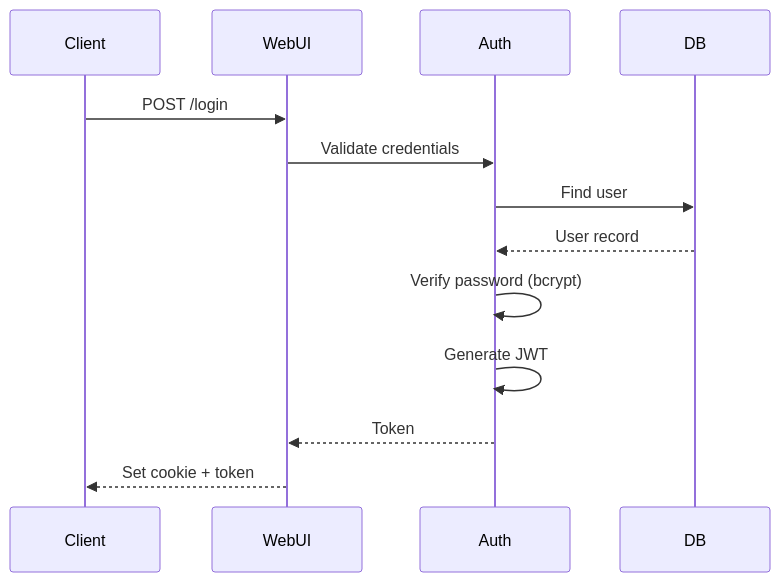
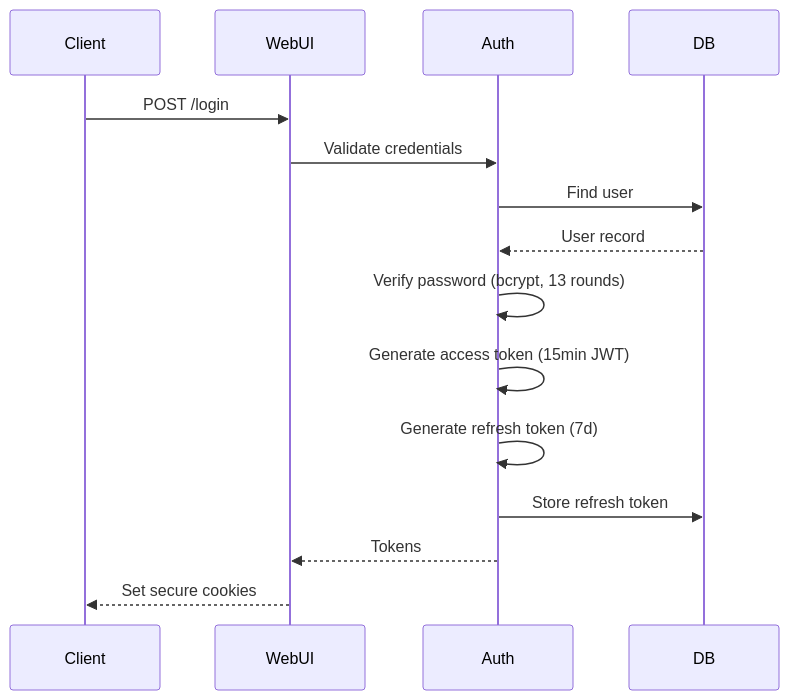
One commit to jrmatherly/aionui changed the ninth of 9 diagrams in docs/architecture/ARCHITECTURE.md. Above: the diagram before and after it, drawn with Mermaid. The commit also changed other lines of this file and 9 other files, not shown here.

````diff
--- a/docs/architecture/ARCHITECTURE.md
+++ b/docs/architecture/ARCHITECTURE.md
@@ -234,16 +313,18 @@
 ```mermaid
 sequenceDiagram
     participant Client
     participant WebUI
     participant Auth
     participant DB
 
     Client->>WebUI: POST /login
     WebUI->>Auth: Validate credentials
     Auth->>DB: Find user
     DB-->>Auth: User record
-    Auth->>Auth: Verify password (bcrypt)
-    Auth->>Auth: Generate JWT
-    Auth-->>WebUI: Token
-    WebUI-->>Client: Set cookie + token
+    Auth->>Auth: Verify password (bcrypt, 13 rounds)
+    Auth->>Auth: Generate access token (15min JWT)
+    Auth->>Auth: Generate refresh token (7d)
+    Auth->>DB: Store refresh token
+    Auth-->>WebUI: Tokens
+    WebUI-->>Client: Set secure cookies
 ```
````
